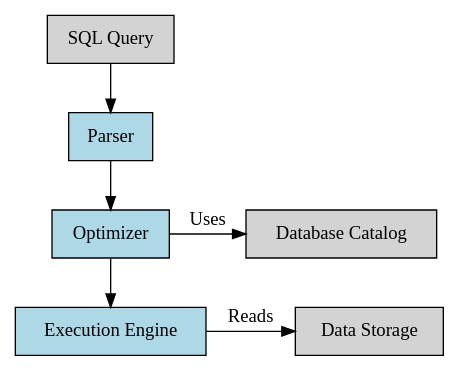
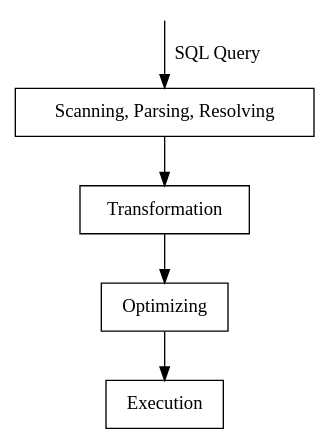
The diagram in graphviz/query_processing_pipeline.dot (johansolbakken/solbakken-sunde-master-tools), drawn with Graphviz before and after one commit.

Commit message:
Update query processing image

```diff
--- a/graphviz/query_processing_pipeline.dot
+++ b/graphviz/query_processing_pipeline.dot
@@ -1,21 +1,17 @@
 digraph QueryProcessingPipeline {
-    rankdir=TB; // lay out top to bottom
-    node [shape=box, style=filled];
+
+    node [shape=box];
 
     // Nodes definition
-    SQLQuery [label="SQL Query"];
-    Parser [label="Parser", fillcolor=lightblue, style="filled"];
-    Optimizer [label="Optimizer", fillcolor=lightblue, style="filled"];
-    ExecEngine [label="Execution Engine", fillcolor=lightblue, style="filled"];
-    DatabaseCatalog [label="Database Catalog"];
-    DataStorage [label="Data Storage"];
-
-    // Node positioning (subgraph)
-    { rank=same; Optimizer -> DatabaseCatalog [label=" Uses"]; }
-    { rank=same; ExecEngine -> DataStorage [label=" Reads"]; }
+    SQLQuery [shape=point, style=invis];
+    Parser [label="Scanning, Parsing, Resolving"];
+    Transformation [label="Transformation"];
+    Optimizer [label="Optimizing"];
+    ExecEngine [label="Execution"];
 
     // Edges
-    SQLQuery -> Parser;
-    Parser -> Optimizer;
+    SQLQuery -> Parser [label="SQL Query"];
+    Parser -> Transformation;
+    Transformation -> Optimizer;
     Optimizer -> ExecEngine;
 }
```
